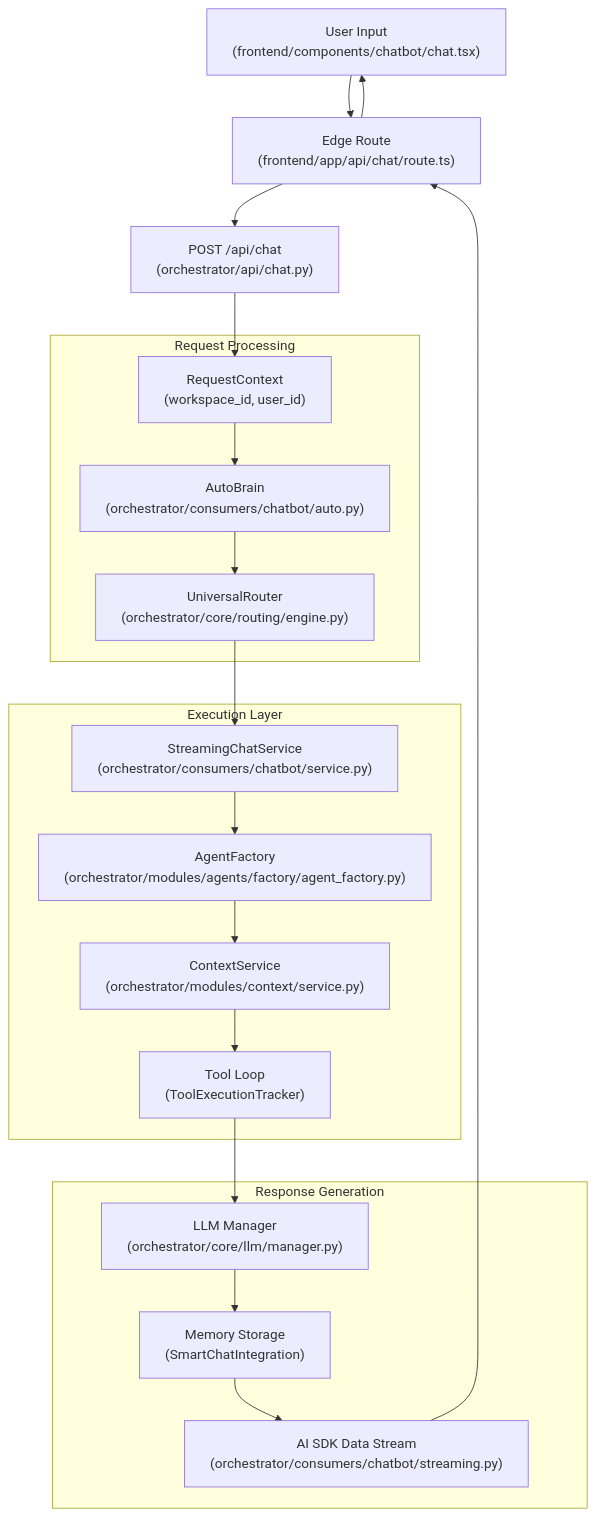
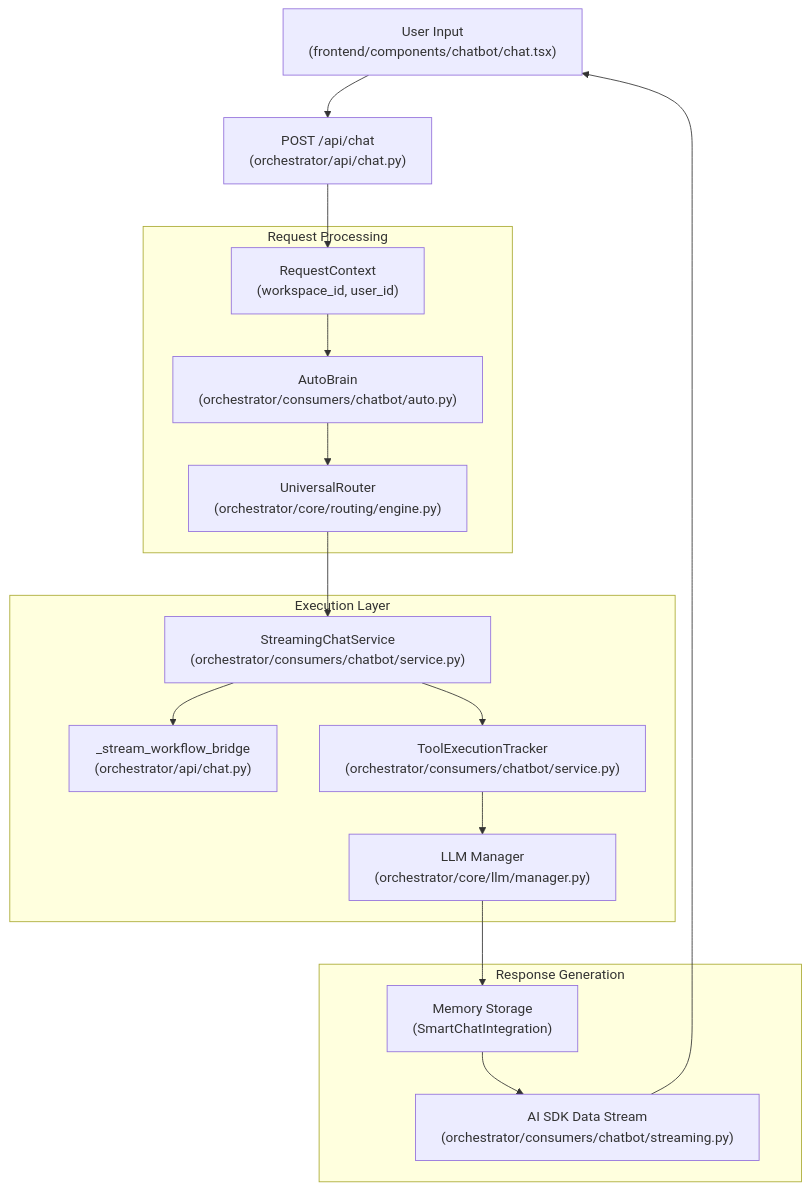
The diagram in docs/chat-interface/_index.md (AutomatosAI/automatos-ai), drawn with Mermaid before and after one commit. The commit also changed other lines of this file and 153 other files, not shown here.

````diff
--- a/docs/chat-interface/_index.md
+++ b/docs/chat-interface/_index.md
@@ -52,42 +46,37 @@
 ```mermaid
 graph TB
     User["User Input<br/>(frontend/components/chatbot/chat.tsx)"]
-    EdgeProxy["Edge Route<br/>(frontend/app/api/chat/route.ts)"]
     ChatAPI["POST /api/chat<br/>(orchestrator/api/chat.py)"]
     
     subgraph "Request Processing"
         CTX["RequestContext<br/>(workspace_id, user_id)"]
         AutoBrain["AutoBrain<br/>(orchestrator/consumers/chatbot/auto.py)"]
         Router["UniversalRouter<br/>(orchestrator/core/routing/engine.py)"]
     end
     
     subgraph "Execution Layer"
         StreamingSvc["StreamingChatService<br/>(orchestrator/consumers/chatbot/service.py)"]
-        AgentFactory["AgentFactory<br/>(orchestrator/modules/agents/factory/agent_factory.py)"]
-        ToolLoop["Tool Loop<br/>(ToolExecutionTracker)"]
-        ContextSvc["ContextService<br/>(orchestrator/modules/context/service.py)"]
+        WorkflowBridge["_stream_workflow_bridge<br/>(orchestrator/api/chat.py)"]
+        ToolLoop["ToolExecutionTracker<br/>(orchestrator/consumers/chatbot/service.py)"]
+        LLM["LLM Manager<br/>(orchestrator/core/llm/manager.py)"]
     end
     
     subgraph "Response Generation"
-        LLM["LLM Manager<br/>(orchestrator/core/llm/manager.py)"]
         MemoryStore["Memory Storage<br/>(SmartChatIntegration)"]
         AISDK["AI SDK Data Stream<br/>(orchestrator/consumers/chatbot/streaming.py)"]
     end
     
-    User --> EdgeProxy
-    EdgeProxy --> ChatAPI
+    User --> ChatAPI
     ChatAPI --> CTX
     CTX --> AutoBrain
     AutoBrain --> Router
     Router --> StreamingSvc
     
-    StreamingSvc --> AgentFactory
-    AgentFactory --> ContextSvc
-    ContextSvc --> ToolLoop
+    StreamingSvc --> WorkflowBridge
+    StreamingSvc --> ToolLoop
     ToolLoop --> LLM
     
     LLM --> MemoryStore
     MemoryStore --> AISDK
-    AISDK --> EdgeProxy
-    EdgeProxy --> User
+    AISDK --> User
 ```
````
